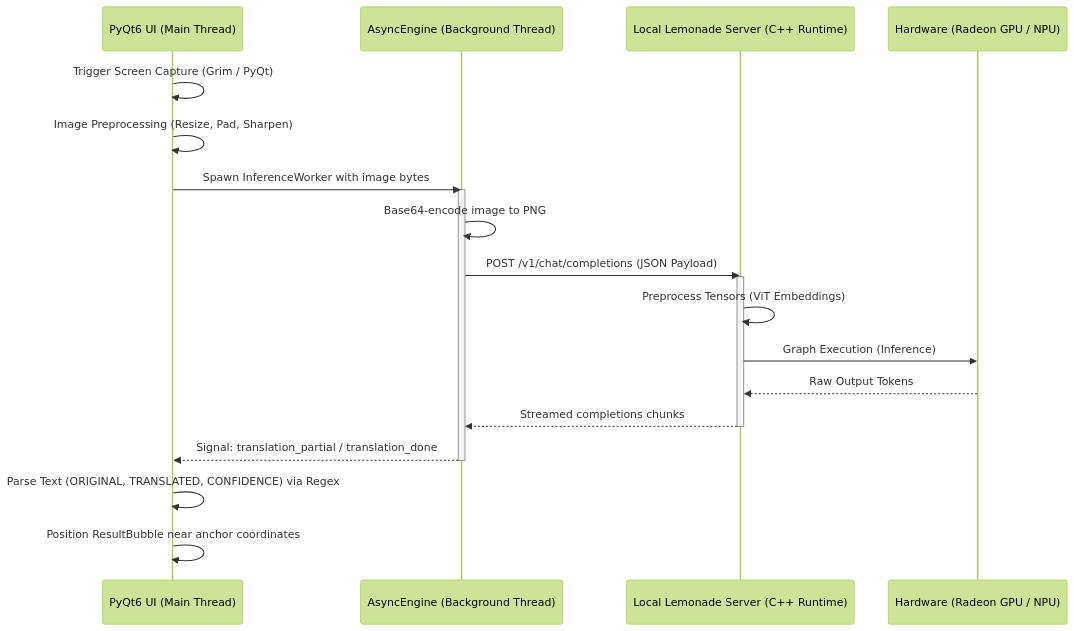
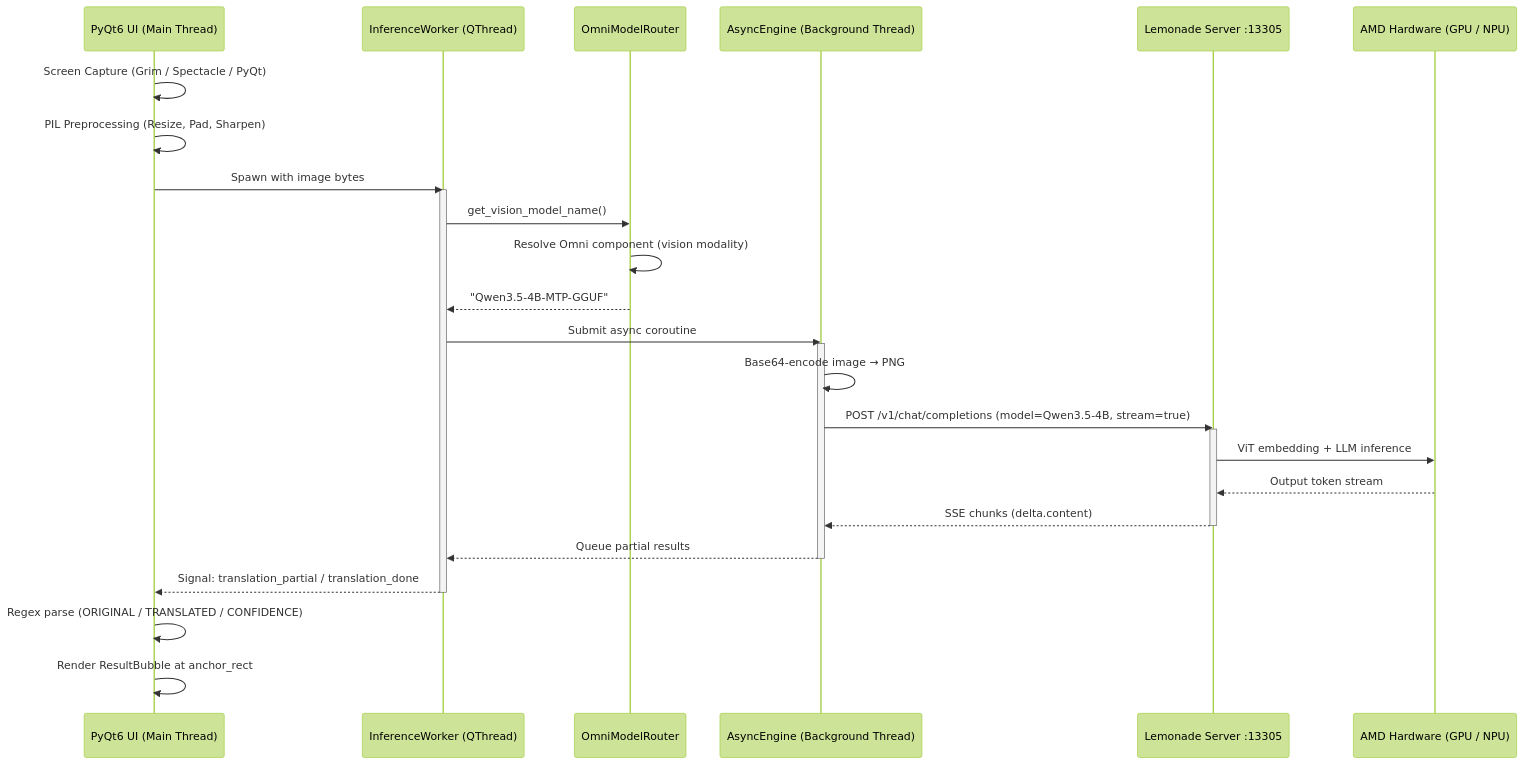
Before and after one commit to clemperorpenguin/xian-vl: the second of 2 diagrams in docs/AI_ARCHITECTURE.md, drawn with Mermaid (forest theme). The commit also changed other lines of this file, not shown here.

````diff
--- a/docs/AI_ARCHITECTURE.md
+++ b/docs/AI_ARCHITECTURE.md
@@ -51,24 +106,32 @@
 ```mermaid
 sequenceDiagram
     participant UI as PyQt6 UI (Main Thread)
+    participant Worker as InferenceWorker (QThread)
+    participant Router as OmniModelRouter
     participant Engine as AsyncEngine (Background Thread)
-    participant Lem as Local Lemonade Server (C++ Runtime)
-    participant HW as Hardware (Radeon GPU / NPU)
+    participant Lem as Lemonade Server :13305
+    participant HW as AMD Hardware (GPU / NPU)
 
-    UI->>UI: Trigger Screen Capture (Grim / PyQt)
-    UI->>UI: Image Preprocessing (Resize, Pad, Sharpen)
-    UI->>Engine: Spawn InferenceWorker with image bytes
+    UI->>UI: Screen Capture (Grim / Spectacle / PyQt)
+    UI->>UI: PIL Preprocessing (Resize, Pad, Sharpen)
+    UI->>Worker: Spawn with image bytes
+    activate Worker
+    Worker->>Router: get_vision_model_name()
+    Router->>Router: Resolve Omni component (vision modality)
+    Router-->>Worker: "Qwen3.5-4B-MTP-GGUF"
+    Worker->>Engine: Submit async coroutine
     activate Engine
-    Engine->>Engine: Base64-encode image to PNG
-    Engine->>Lem: POST /v1/chat/completions (JSON Payload)
+    Engine->>Engine: Base64-encode image → PNG
+    Engine->>Lem: POST /v1/chat/completions (model=Qwen3.5-4B, stream=true)
     activate Lem
-    Lem->>Lem: Preprocess Tensors (ViT Embeddings)
-    Lem->>HW: Graph Execution (Inference)
-    HW-->>Lem: Raw Output Tokens
-    Lem-->>Engine: Streamed completions chunks
+    Lem->>HW: ViT embedding + LLM inference
+    HW-->>Lem: Output token stream
+    Lem-->>Engine: SSE chunks (delta.content)
     deactivate Lem
-    Engine-->>UI: Signal: translation_partial / translation_done
+    Engine-->>Worker: Queue partial results
     deactivate Engine
-    UI->>UI: Parse Text (ORIGINAL, TRANSLATED, CONFIDENCE) via Regex
-    UI->>UI: Position ResultBubble near anchor coordinates
+    Worker-->>UI: Signal: translation_partial / translation_done
+    deactivate Worker
+    UI->>UI: Regex parse (ORIGINAL / TRANSLATED / CONFIDENCE)
+    UI->>UI: Render ResultBubble at anchor_rect
 ```
````
